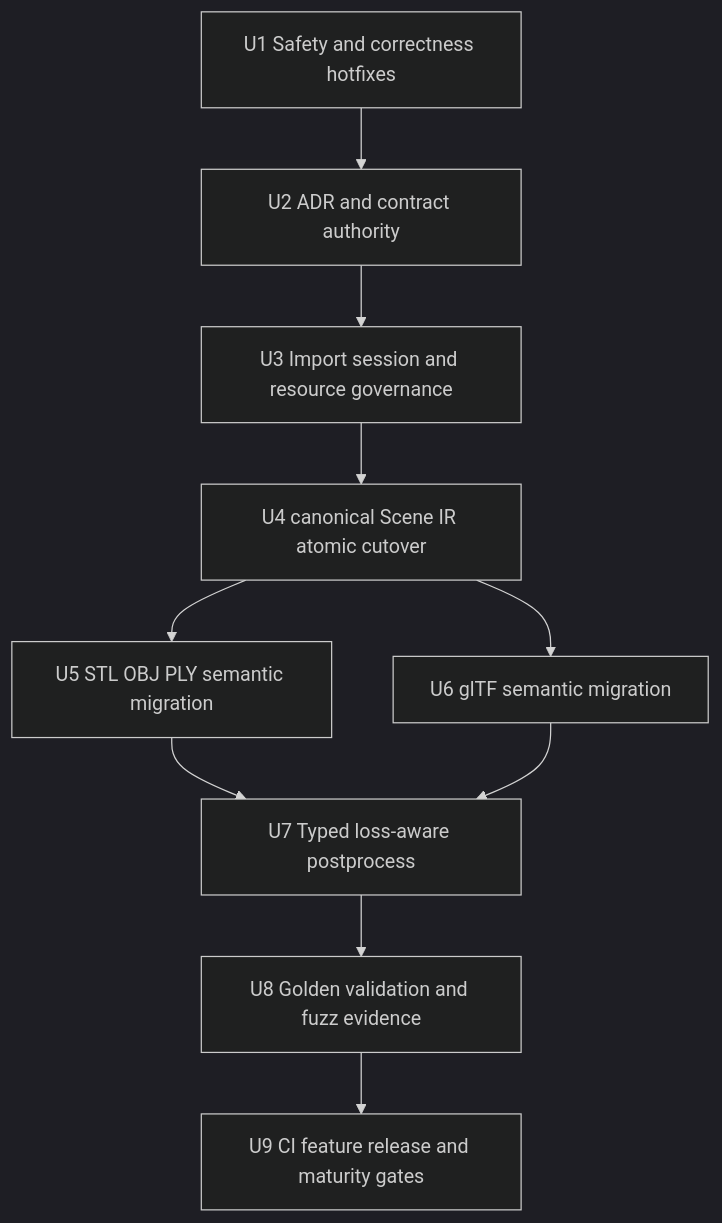
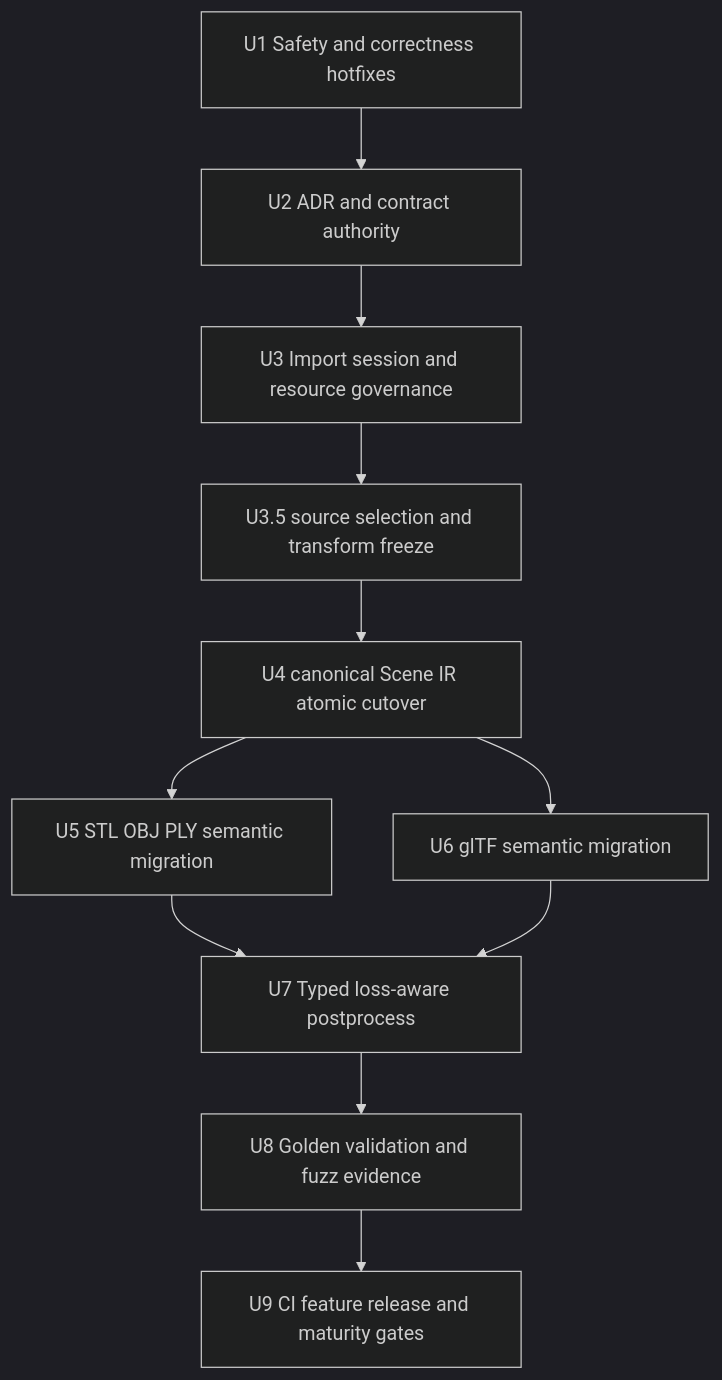
The third of 3 diagrams in docs/plans/2026-07-10-001-refactor-baozi-canonical-architecture-plan.md (Latias94/baozi), drawn with Mermaid (dark theme) before and after one commit. The commit also changed other lines of this file and 13 other files, not shown here.

First line of the commit message:
docs(architecture): freeze scene projection and transform semantics

````diff
--- a/docs/plans/2026-07-10-001-refactor-baozi-canonical-architecture-plan.md
+++ b/docs/plans/2026-07-10-001-refactor-baozi-canonical-architecture-plan.md
@@ -227,12 +231,13 @@
 ```mermaid
 flowchart TB
   U1[U1 Safety and correctness hotfixes] --> U2[U2 ADR and contract authority]
   U2 --> U3[U3 Import session and resource governance]
-  U3 --> U4[U4 canonical Scene IR atomic cutover]
+  U3 --> U35[U3.5 source selection and transform freeze]
+  U35 --> U4[U4 canonical Scene IR atomic cutover]
   U4 --> U5[U5 STL OBJ PLY semantic migration]
   U4 --> U6[U6 glTF semantic migration]
   U5 --> U7[U7 Typed loss-aware postprocess]
   U6 --> U7
   U7 --> U8[U8 Golden validation and fuzz evidence]
   U8 --> U9[U9 CI feature release and maturity gates]
 ```
````
